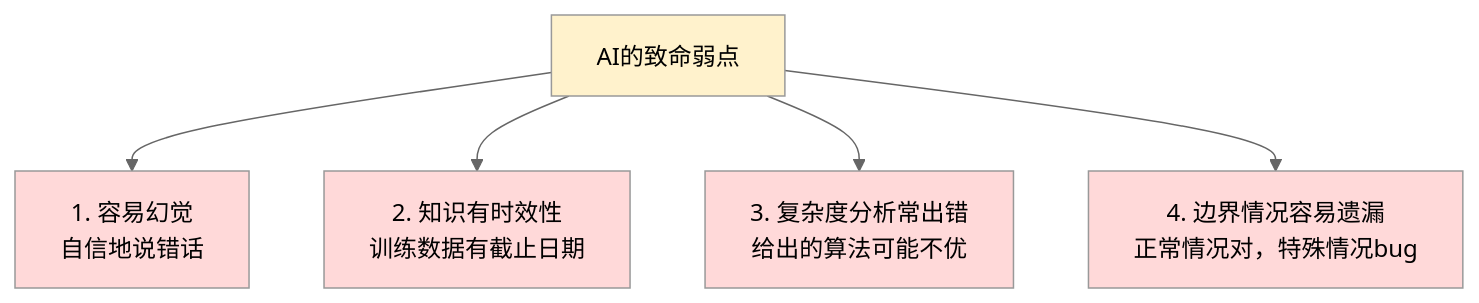
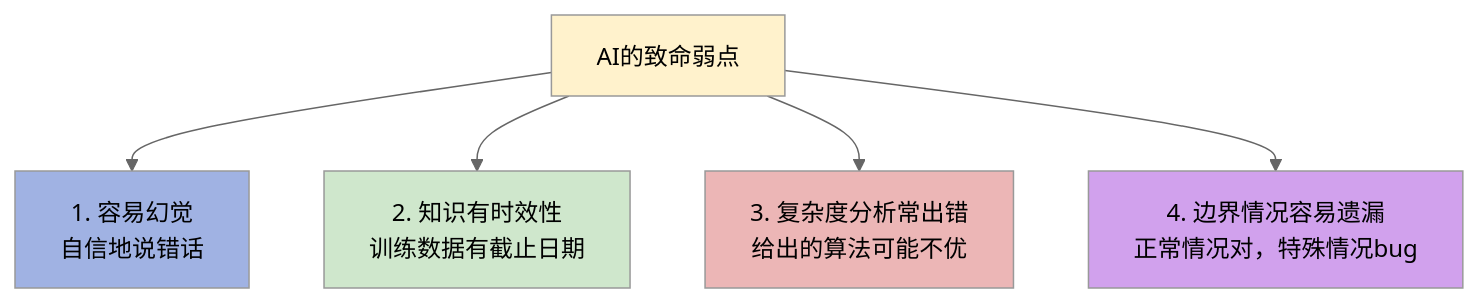
Before and after one commit to microwind/algorithms: the fifth of 8 diagrams in start-here/Why-Programmers-35-Plus-Are-Thriving-in-AI-Era.md, drawn with Mermaid (neutral theme). The commit also changed other lines of this file and 2 other files, not shown here.

````diff
--- a/start-here/Why-Programmers-35-Plus-Are-Thriving-in-AI-Era.md
+++ b/start-here/Why-Programmers-35-Plus-Are-Thriving-in-AI-Era.md
@@ -240,13 +239,13 @@
 ```mermaid
 graph TD
     A["AI的致命弱点"] --> B["1. 容易幻觉<br/>自信地说错话"]
     A --> C["2. 知识有时效性<br/>训练数据有截止日期"]
     A --> D["3. 复杂度分析常出错<br/>给出的算法可能不优"]
     A --> E["4. 边界情况容易遗漏<br/>正常情况对，特殊情况bug"]
 
     style A fill:#fff2cc
-    style B fill:#ffd9d9
-    style C fill:#ffd9d9
-    style D fill:#ffd9d9
-    style E fill:#ffd9d9
+    style B fill:#A0B2E3
+    style C fill:#CFE7CC
+    style D fill:#ECB6B6
+    style E fill:#D1A1ED
 ```
````
